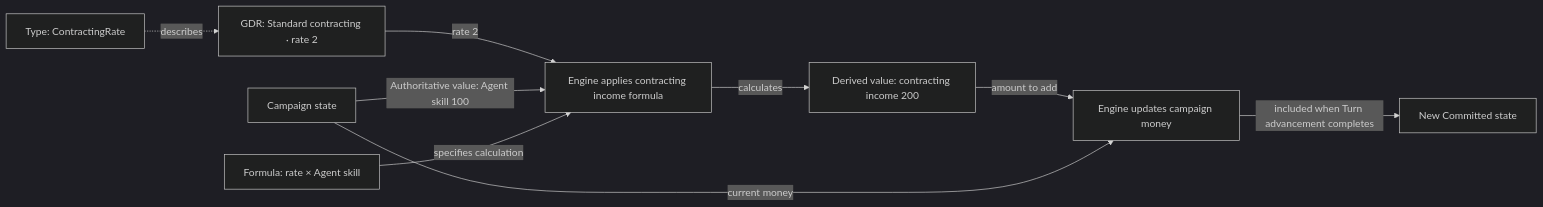
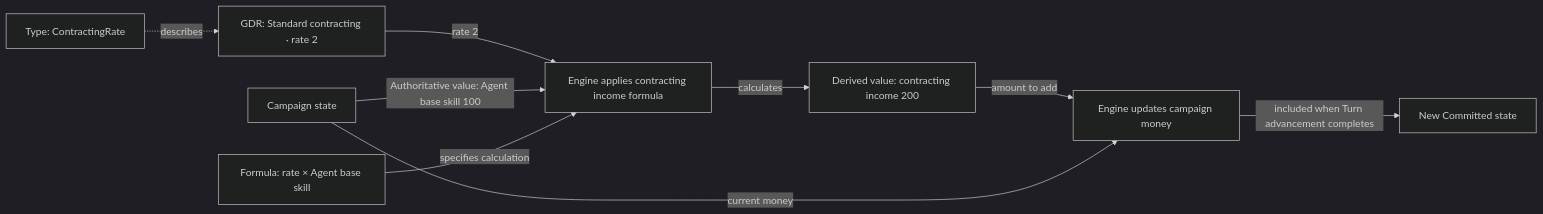
Before and after one commit to konrad-jamrozik/game-v5: the third of 7 diagrams in docs/specs/design/foundation/game-data-records.md, drawn with Mermaid (dark theme). The commit also changed other lines of this file and 14 other files, not shown here.

````diff
--- a/docs/specs/design/foundation/game-data-records.md
+++ b/docs/specs/design/foundation/game-data-records.md
@@ -208,11 +208,11 @@
 ```mermaid
 flowchart LR
     Type["Type: ContractingRate"] -.->|describes| GDR["GDR: Standard contracting · rate 2"]
     GDR -->|rate 2| Engine["Engine applies contracting income formula"]
-    State["Campaign state"] -->|Authoritative value: Agent skill 100| Engine
-    Formula["Formula: rate × Agent skill"] -->|specifies calculation| Engine
+    State["Campaign state"] -->|Authoritative value: Agent base skill 100| Engine
+    Formula["Formula: rate × Agent base skill"] -->|specifies calculation| Engine
     Engine -->|calculates| Total["Derived value: contracting income 200"]
     Total -->|amount to add| Update["Engine updates campaign money"]
     State -->|current money| Update
     Update -->|included when Turn advancement completes| Committed["New Committed state"]
 ```
````
